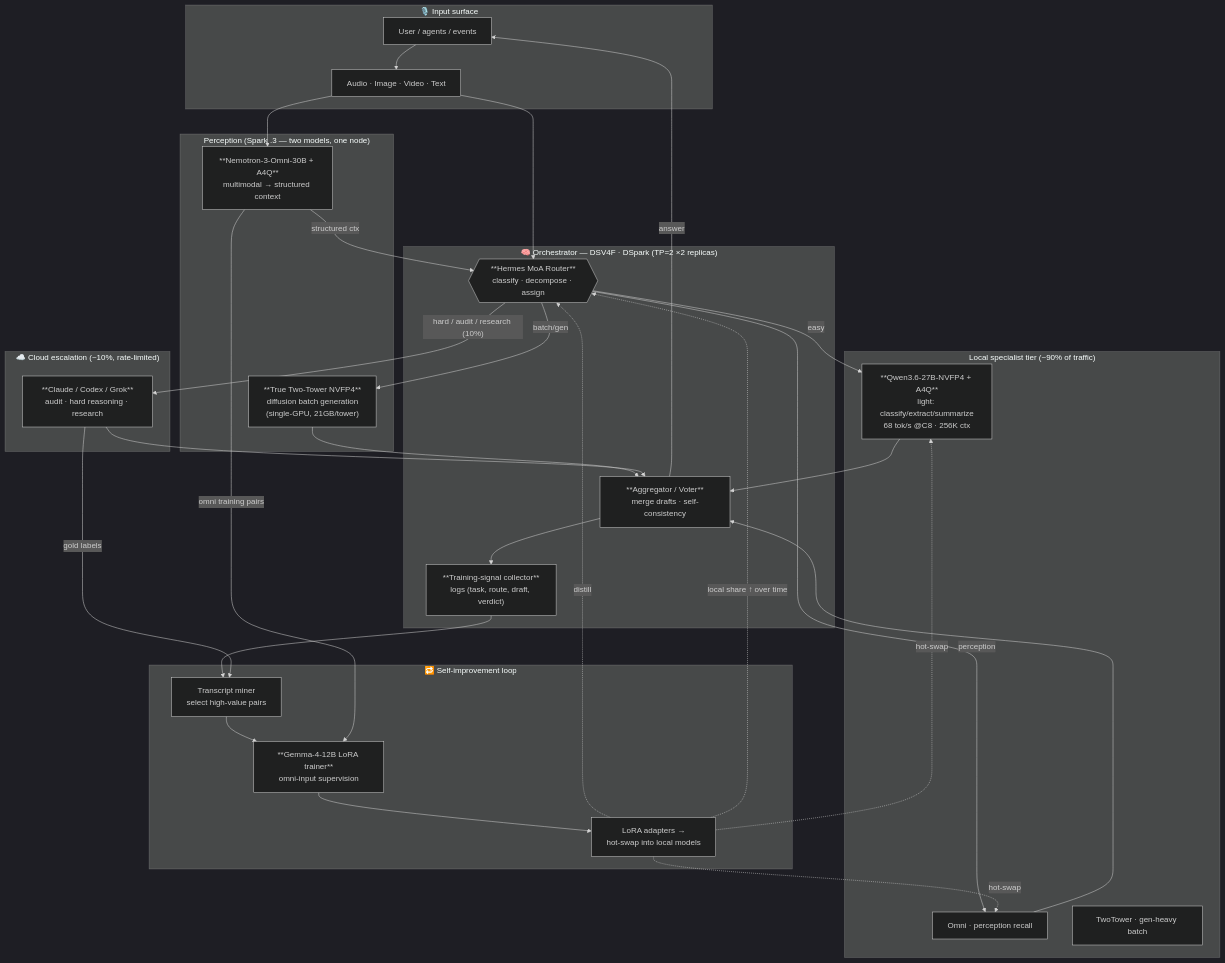
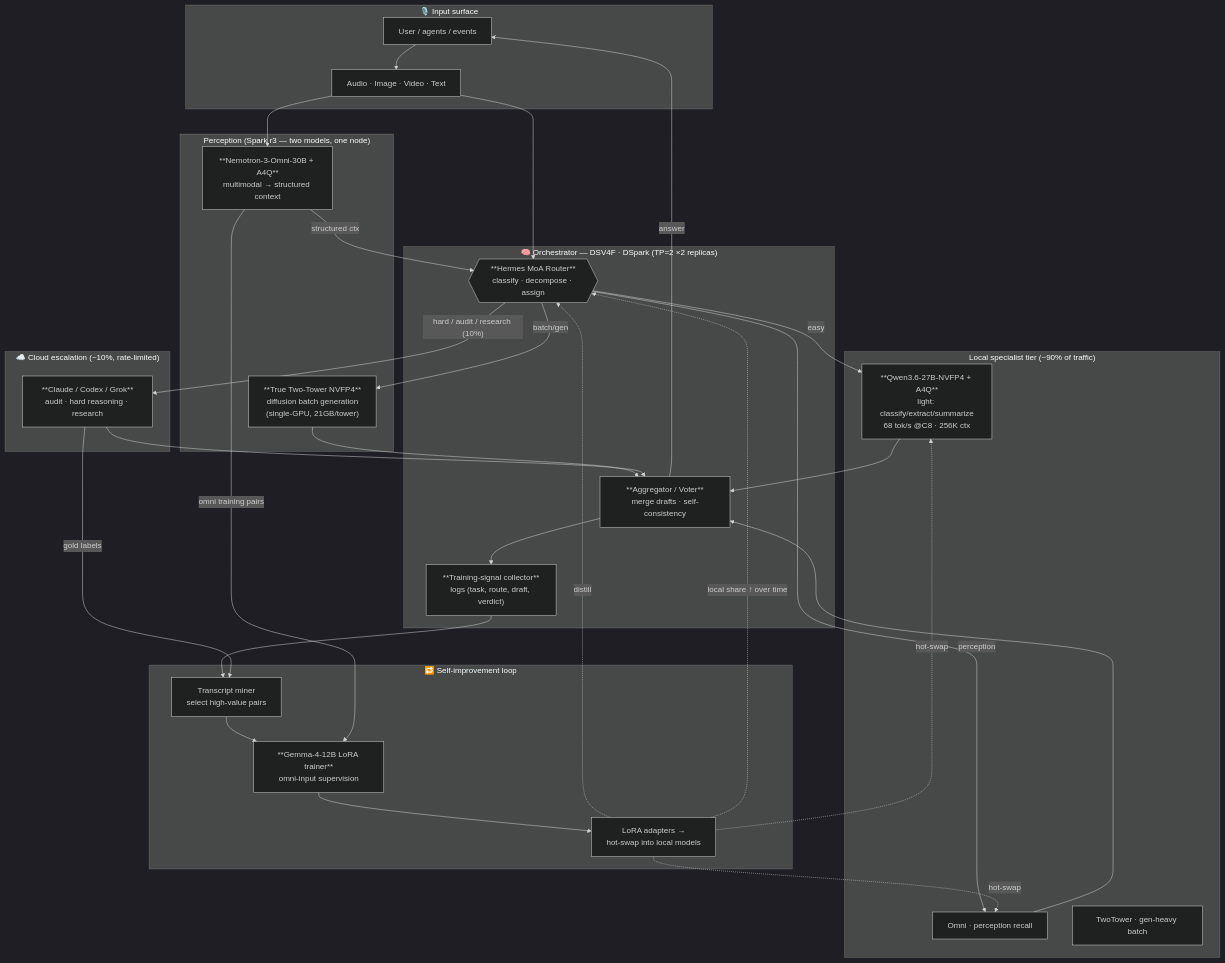
Before and after one commit to drowzeys/Keys-Setup-Autonomous-Self-Improving-Local-Inference-Stack: the diagram in README.md, drawn with Mermaid (dark theme). The commit also changed other lines of this file and 4 other files, not shown here.

Commit message:
docs: add ASCII architecture + feedback-loop diagrams to X-article; scrub internal IPs to r0-r3 node labels

````diff
--- a/README.md
+++ b/README.md
@@ -50,57 +50,57 @@
 ```mermaid
 flowchart TD
     subgraph INPUT["🎙️ Input surface"]
         U[User / agents / events]
         MM[Audio · Image · Video · Text]
     end
 
-    subgraph PERC["Perception (Spark .3 — two models, one node)"]
+    subgraph PERC["Perception (Spark r3 — two models, one node)"]
         OMNI["**Nemotron-3-Omni-30B + A4Q**<br/>multimodal → structured context"]
         TT["**True Two-Tower NVFP4**<br/>diffusion batch generation<br/>(single-GPU, 21GB/tower)"]
     end
 
     subgraph BRAIN["🧠 Orchestrator — DSV4F · DSpark (TP=2 ×2 replicas)"]
         ROUTER{{"**Hermes MoA Router**<br/>classify · decompose · assign"}}
         AGG["**Aggregator / Voter**<br/>merge drafts · self-consistency"]
         SIG["**Training-signal collector**<br/>logs (task, route, draft, verdict)"]
     end
 
     subgraph LOCAL["Local specialist tier (~90% of traffic)"]
         QWEN["**Qwen3.6-27B-NVFP4 + A4Q**<br/>light: classify/extract/summarize<br/>68 tok/s @C8 · 256K ctx"]
         OMNI2["Omni · perception recall"]
         TT2["TwoTower · gen-heavy batch"]
     end
 
     subgraph CLOUD["☁️ Cloud escalation (~10%, rate-limited)"]
         FRONT["**Claude / Codex / Grok**<br/>audit · hard reasoning · research"]
     end
 
     subgraph TRAIN["🔁 Self-improvement loop"]
         MINE["Transcript miner<br/>select high-value pairs"]
         GEMMA["**Gemma-4-12B LoRA trainer**<br/>omni-input supervision"]
         ADAPT["LoRA adapters →<br/>hot-swap into local models"]
     end
 
     U --> MM --> OMNI
     MM --> ROUTER
     OMNI -->|structured ctx| ROUTER
     ROUTER -->|easy| QWEN
     ROUTER -->|perception| OMNI2
     ROUTER -->|batch/gen| TT
     ROUTER -->|"hard / audit / research (10%)"| FRONT
     QWEN --> AGG
     OMNI2 --> AGG
     TT --> AGG
     FRONT --> AGG
     AGG --> SIG
     AGG -->|answer| U
     SIG --> MINE
     FRONT -->|gold labels| MINE
     MINE --> GEMMA
     OMNI -->|omni training pairs| GEMMA
     GEMMA --> ADAPT
     ADAPT -.hot-swap.-> QWEN
     ADAPT -.hot-swap.-> OMNI2
     ADAPT -.distill.-> ROUTER
     ADAPT -.->|"local share ↑ over time"| ROUTER
 ```
````
